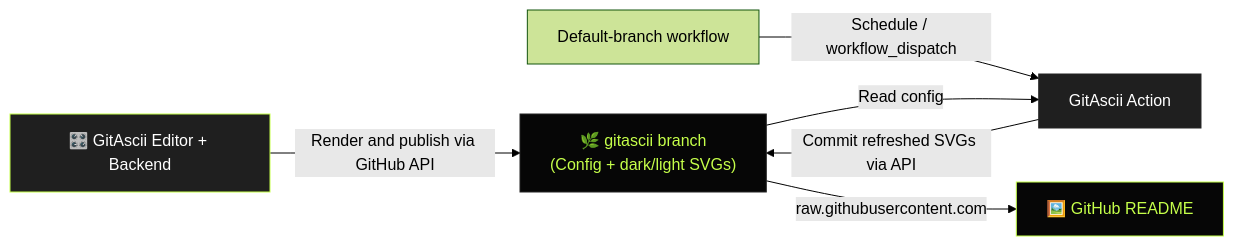
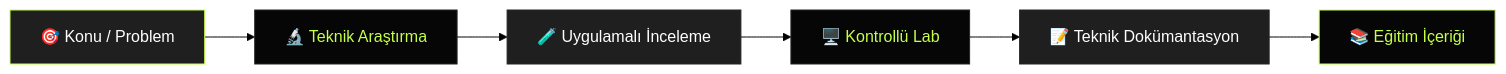
The diagram in README.md (erdibilisim/erdibilisim), drawn with Mermaid (forest theme) before and after one commit. The commit also changed other lines of this file, not shown here.

````diff
--- a/README.md
+++ b/README.md
@@ -97,13 +107,15 @@
 ```mermaid
 flowchart LR
-    A["🎛️ GitAscii Editor + Backend"] -->|"Render and publish via GitHub API"| B["🌿 gitascii branch<br/>(Config + dark/light SVGs)"]
-    W["Default-branch workflow"] -->|"Schedule / workflow_dispatch"| C["GitAscii Action"]
-    B -->|"Read config"| C
-    C -->|"Commit refreshed SVGs via API"| B
-    B -->|"raw.githubusercontent.com"| E["🖼️ GitHub README"]
+    A["🎯 Konu / Problem"] --> B["🔬 Teknik Araştırma"]
+    B --> C["🧪 Uygulamalı İnceleme"]
+    C --> D["🖥️ Kontrollü Lab"]
+    D --> E["📝 Teknik Dokümantasyon"]
+    E --> F["📚 Eğitim İçeriği"]
 
     style A fill:#1f1f1f,stroke:#c5ff4a,stroke-width:1px,color:#ffffff
     style B fill:#060606,stroke:#252525,stroke-width:1px,color:#c5ff4a
     style C fill:#1f1f1f,stroke:#252525,stroke-width:1px,color:#ffffff
-    style E fill:#060606,stroke:#c5ff4a,stroke-width:1px,color:#c5ff4a
+    style D fill:#060606,stroke:#252525,stroke-width:1px,color:#c5ff4a
+    style E fill:#1f1f1f,stroke:#252525,stroke-width:1px,color:#ffffff
+    style F fill:#060606,stroke:#c5ff4a,stroke-width:1px,color:#c5ff4a
 ```
````
